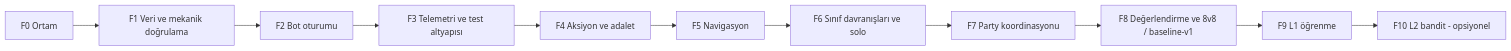
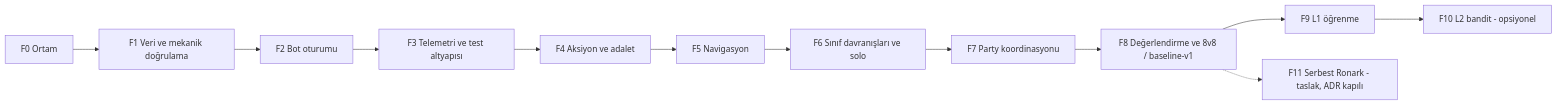
The diagram in docs/17_IMPLEMENTATION_ROADMAP_AND_PHASE_GATES.md (farukozdemirz/Fire-Drake-Project-v1453), drawn with Mermaid before and after one commit. The commit also changed other lines of this file and 7 other files, not shown here.

````diff
--- a/docs/17_IMPLEMENTATION_ROADMAP_AND_PHASE_GATES.md
+++ b/docs/17_IMPLEMENTATION_ROADMAP_AND_PHASE_GATES.md
@@ -11,13 +11,14 @@
 ```mermaid
 flowchart LR
   F0[F0 Ortam] --> F1[F1 Veri ve mekanik doğrulama]
   F1 --> F2[F2 Bot oturumu]
   F2 --> F3[F3 Telemetri ve test altyapısı]
   F3 --> F4[F4 Aksiyon ve adalet]
   F4 --> F5[F5 Navigasyon]
   F5 --> F6[F6 Sınıf davranışları ve solo]
   F6 --> F7[F7 Party koordinasyonu]
   F7 --> F8[F8 Değerlendirme ve 8v8 / baseline-v1]
   F8 --> F9[F9 L1 öğrenme]
   F9 --> F10[F10 L2 bandit - opsiyonel]
+  F8 -.-> F11[F11 Serbest Ronark - taslak, ADR kapılı]
 ```
````
